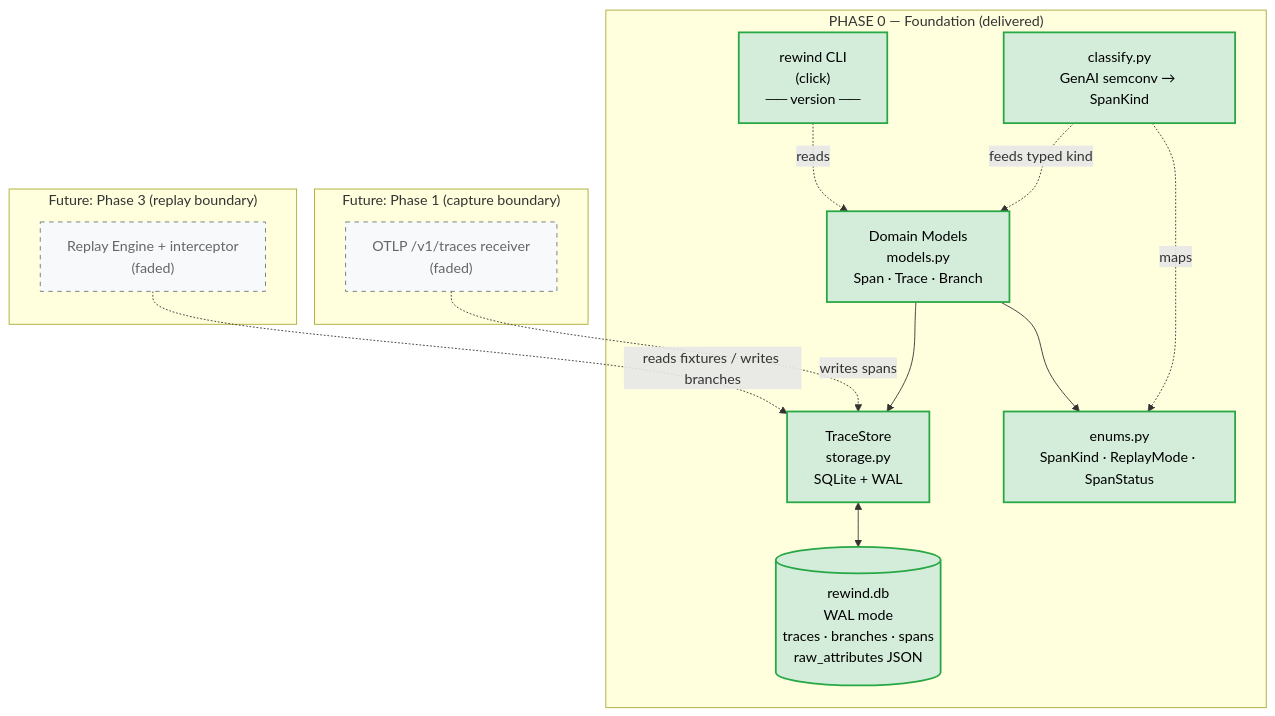
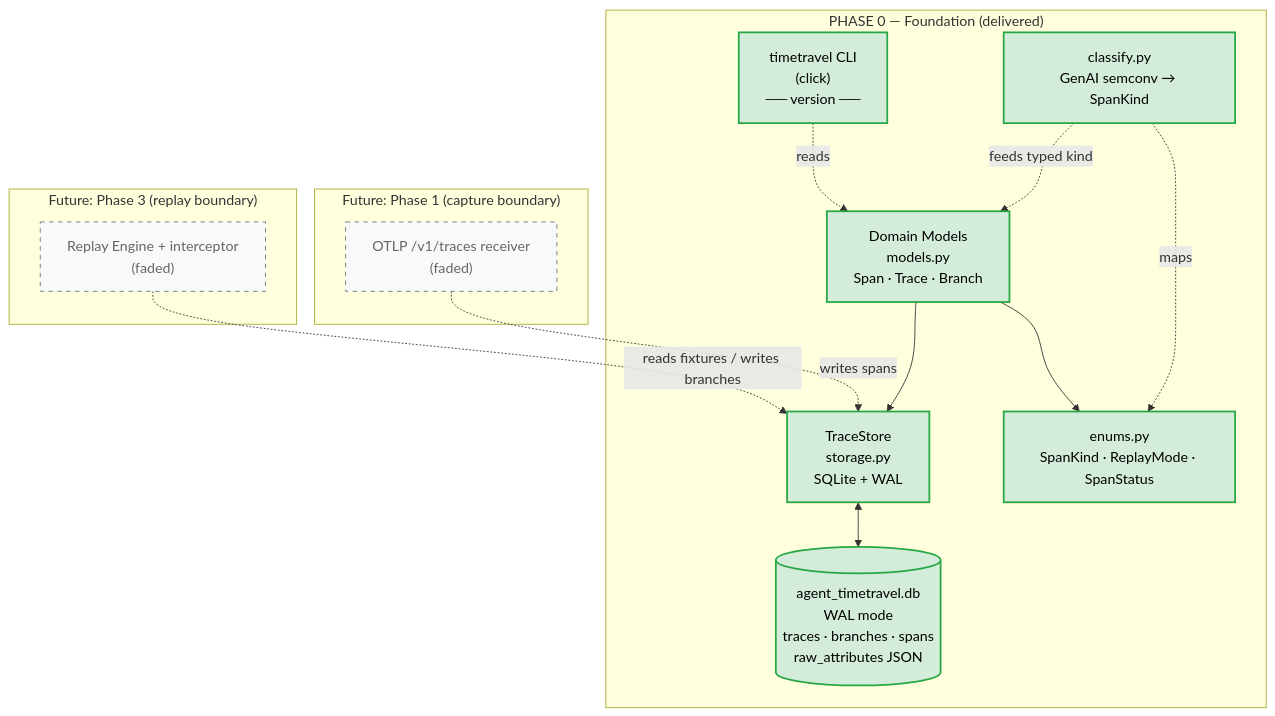
Before and after one commit to akshay-mp/Rewind: the second of 4 diagrams in docs/phases/phase-0.md, drawn with Mermaid. The commit also changed other lines of this file and 244 other files, not shown here.

First line of the commit message:
Rebrand to agent-timetravel

````diff
--- a/docs/phases/phase-0.md
+++ b/docs/phases/phase-0.md
@@ -108,33 +108,33 @@
 ```mermaid
 flowchart TB
     subgraph P0["PHASE 0 — Foundation (delivered)"]
-        CLI["rewind CLI<br/>(click)<br/>── version ──"]
+        CLI["timetravel CLI<br/>(click)<br/>── version ──"]
         Model["Domain Models<br/>models.py<br/>Span · Trace · Branch"]
         Enums["enums.py<br/>SpanKind · ReplayMode · SpanStatus"]
         Classify["classify.py<br/>GenAI semconv → SpanKind"]
         Store["TraceStore<br/>storage.py<br/>SQLite + WAL"]
-        DB[("rewind.db<br/>WAL mode<br/>traces · branches · spans<br/>raw_attributes JSON")]
+        DB[("agent_timetravel.db<br/>WAL mode<br/>traces · branches · spans<br/>raw_attributes JSON")]
     end
 
     subgraph FUTURE1["Future: Phase 1 (capture boundary)"]
         OTLP["OTLP /v1/traces receiver<br/>(faded)"]
     end
     subgraph FUTURE2["Future: Phase 3 (replay boundary)"]
         Engine["Replay Engine + interceptor<br/>(faded)"]
     end
 
     CLI -. reads .-> Model
     Model --> Enums
     Model --> Store
     Classify -. maps .-> Enums
     Classify -. feeds typed kind .-> Model
     Store <--> DB
 
     OTLP -. writes spans .-> Store
     Engine -. reads fixtures / writes branches .-> Store
 
     classDef delivered fill:#d4edda,stroke:#28a745,stroke-width:2px,color:#000
     classDef future fill:#f8f9fa,stroke:#6c757d,stroke-dasharray: 5 5,color:#666
     class CLI,Model,Enums,Classify,Store,DB delivered
     class OTLP,Engine future
 ```
````
